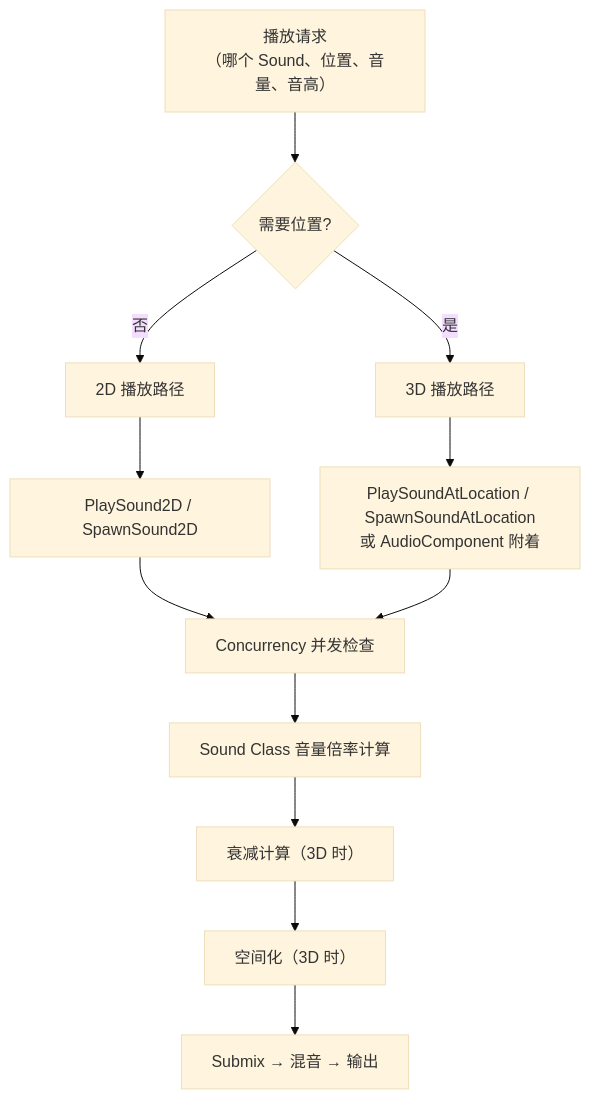
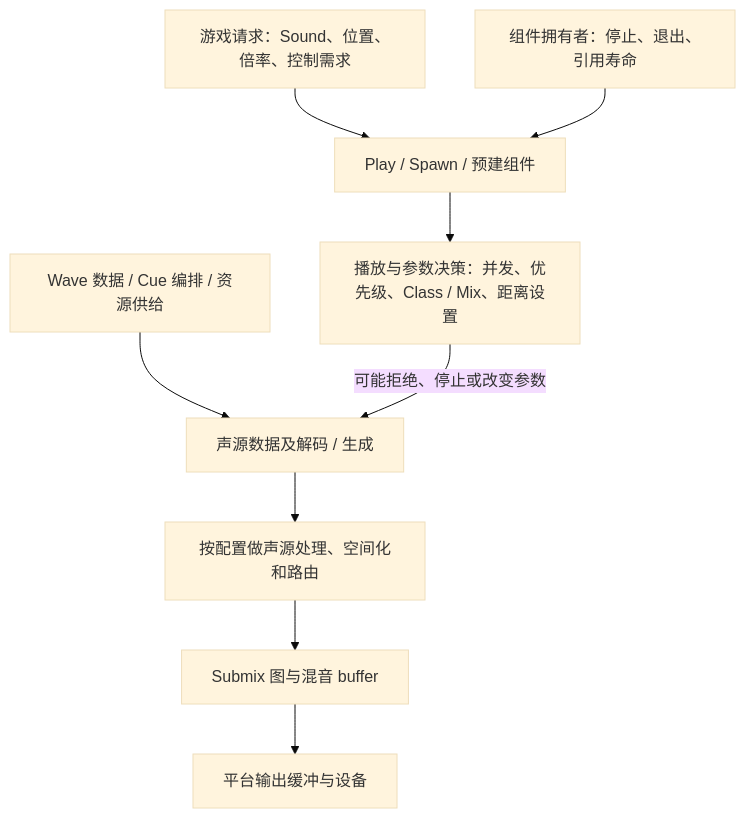
The second of 5 diagrams in 知识/04-图形动画与物理仿真/音频播放与程序化声音/01-音频基础与播放.md (fantuan812/learning), drawn with Mermaid (base theme) before and after one commit. The commit also changed other lines of this file and 1 other file, not shown here.

````diff
--- a/知识/04-图形动画与物理仿真/音频播放与程序化声音/01-音频基础与播放.md
+++ b/知识/04-图形动画与物理仿真/音频播放与程序化声音/01-音频基础与播放.md
@@ -143,14 +147,11 @@
 ```mermaid
 flowchart TD
-    A["播放请求<br/>（哪个 Sound、位置、音量、音高）"] --> B{"需要位置?"}
-    B -->|"否"| C["2D 播放路径"]
-    B -->|"是"| D["3D 播放路径"]
-    C --> E["PlaySound2D / SpawnSound2D"]
-    D --> F["PlaySoundAtLocation / SpawnSoundAtLocation<br/>或 AudioComponent 附着"]
-    E --> G["Concurrency 并发检查"]
-    F --> G
-    G --> H["Sound Class 音量倍率计算"]
-    H --> I["衰减计算（3D 时）"]
-    I --> J["空间化（3D 时）"]
-    J --> K["Submix → 混音 → 输出"]
+    Request["游戏请求：Sound、位置、倍率、控制需求"] --> Entry["Play / Spawn / 预建组件"]
+    Entry --> Decision["播放与参数决策：并发、优先级、Class / Mix、距离设置"]
+    Assets["Wave 数据 / Cue 编排 / 资源供给"] --> Source["声源数据及解码 / 生成"]
+    Decision -->|"可能拒绝、停止或改变参数"| Source
+    Source --> DSP["按配置做声源处理、空间化和路由"]
+    DSP --> Submix["Submix 图与混音 buffer"]
+    Submix --> Device["平台输出缓冲与设备"]
+    Owner["组件拥有者：停止、退出、引用寿命"] --> Entry
 ```
````
